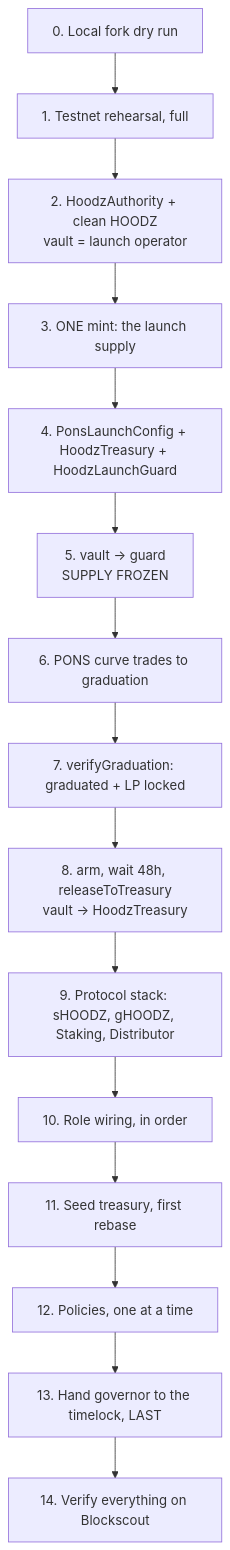
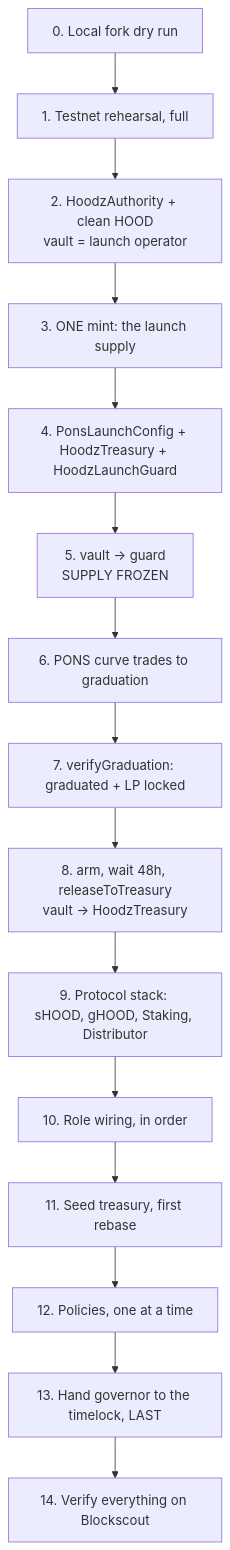
One commit to averageballer13/Hoodz changed the diagram in docs/DEPLOYMENT.md. Above: the diagram before and after it, drawn with Mermaid. The commit also changed other lines of this file and 109 other files, not shown here.

````diff
--- a/docs/DEPLOYMENT.md
+++ b/docs/DEPLOYMENT.md
@@ -124,17 +124,17 @@
 ```mermaid
 flowchart TD
     A["0. Local fork dry run"] --> B["1. Testnet rehearsal, full"]
-    B --> C["2. HoodzAuthority + clean HOODZ<br/>vault = launch operator"]
+    B --> C["2. HoodzAuthority + clean HOOD<br/>vault = launch operator"]
     C --> D["3. ONE mint: the launch supply"]
     D --> E["4. PonsLaunchConfig + HoodzTreasury + HoodzLaunchGuard"]
     E --> F["5. vault -> guard<br/>SUPPLY FROZEN"]
     F --> G["6. PONS curve trades to graduation"]
     G --> H["7. verifyGraduation: graduated + LP locked"]
     H --> I["8. arm, wait 48h, releaseToTreasury<br/>vault -> HoodzTreasury"]
-    I --> J["9. Protocol stack: sHOODZ, gHOODZ, Staking, Distributor"]
+    I --> J["9. Protocol stack: sHOOD, gHOOD, Staking, Distributor"]
     J --> K["10. Role wiring, in order"]
     K --> L["11. Seed treasury, first rebase"]
     L --> M["12. Policies, one at a time"]
     M --> N["13. Hand governor to the timelock, LAST"]
     N --> O["14. Verify everything on Blockscout"]
 ```
````
